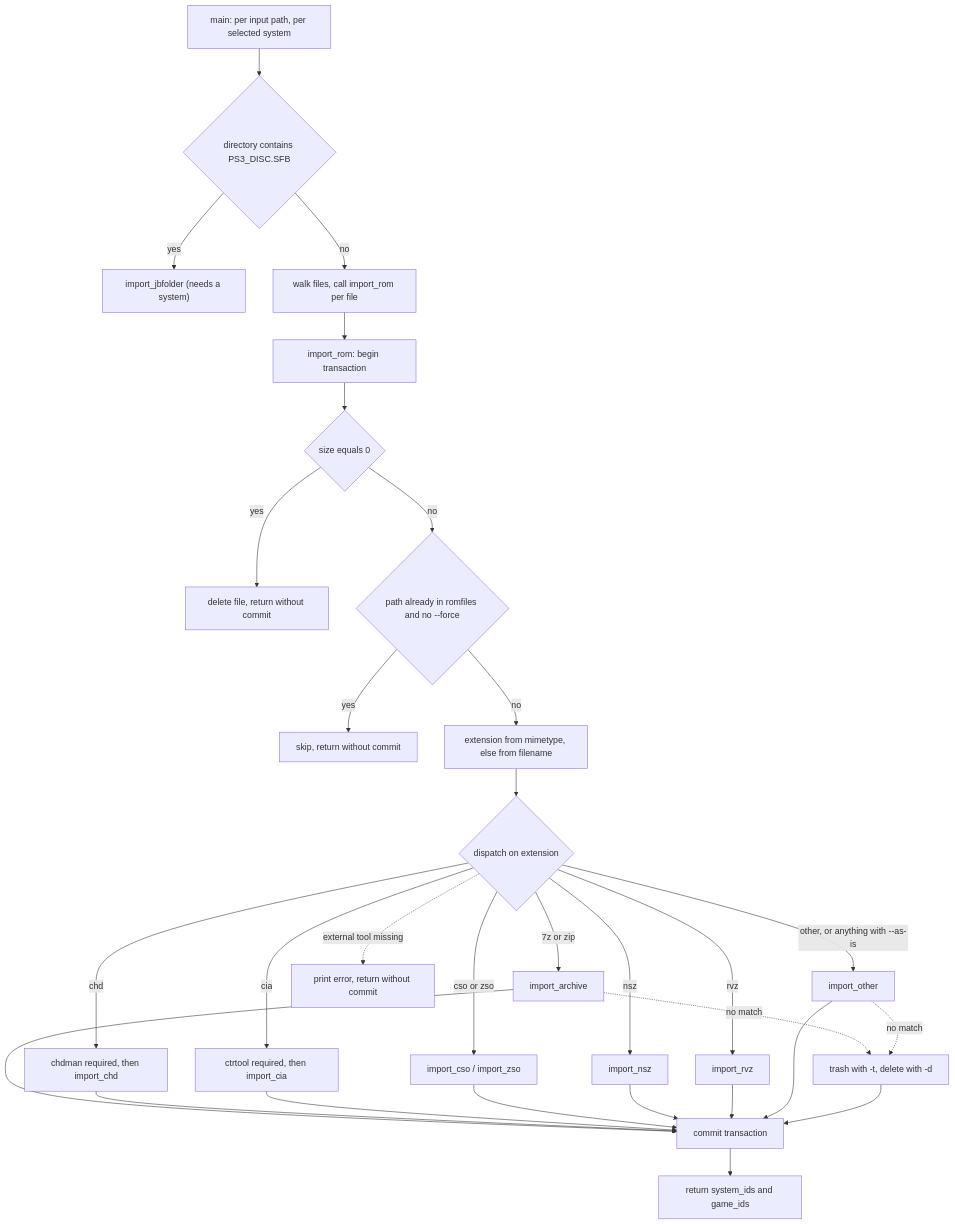
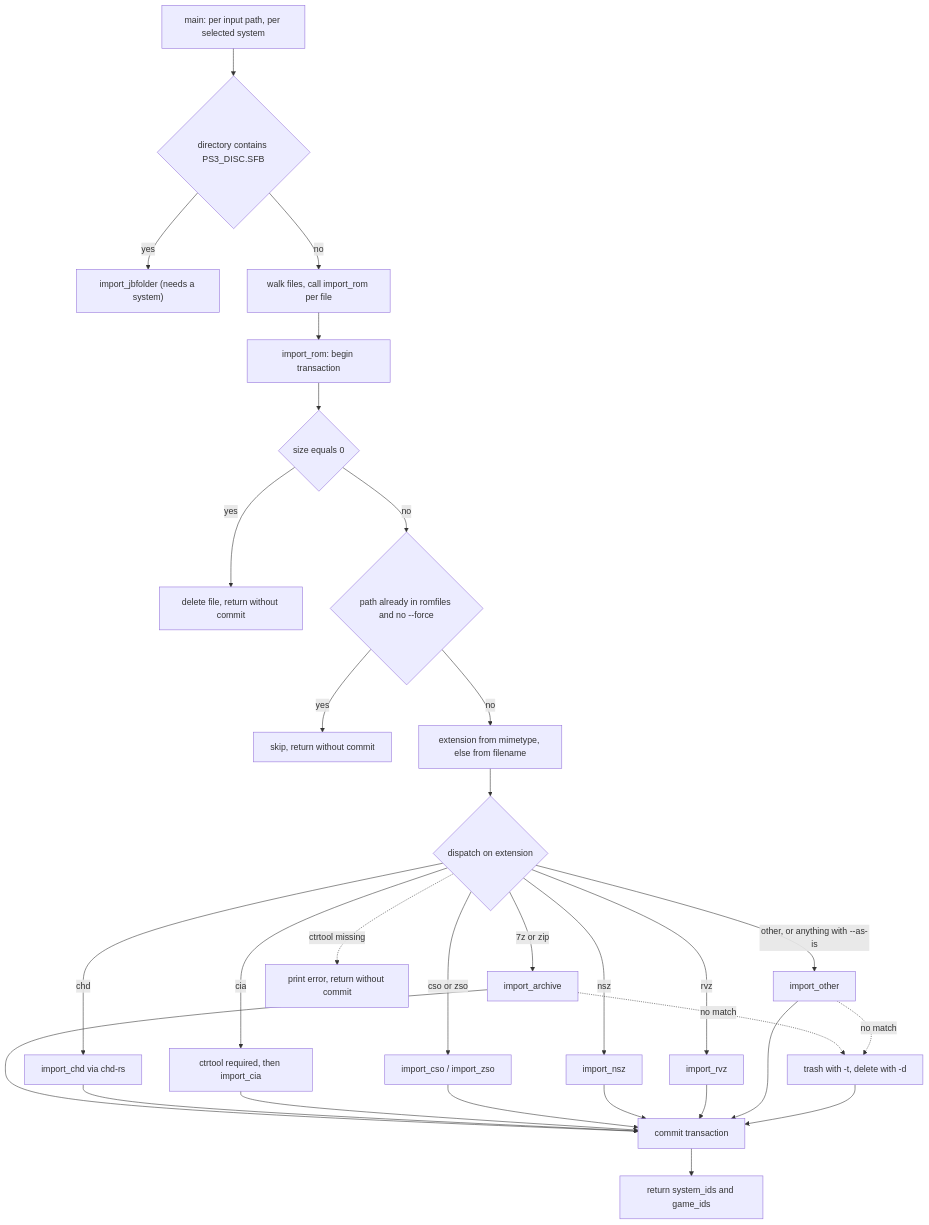
Before and after one commit to alucryd/oxyromon: the diagram in openwiki/workflows/rom-import-pipeline.md, drawn with Mermaid. The commit also changed other lines of this file and 69 other files, not shown here.

````diff
--- a/openwiki/workflows/rom-import-pipeline.md
+++ b/openwiki/workflows/rom-import-pipeline.md
@@ -185,34 +195,34 @@
 ```mermaid
 flowchart TD
     S["main: per input path, per selected system"] --> JB{"directory contains PS3_DISC.SFB"}
     JB -->|"yes"| JF["import_jbfolder (needs a system)"]
     JB -->|"no"| W["walk files, call import_rom per file"]
 
     W --> A["import_rom: begin transaction"]
     A --> B{"size equals 0"}
     B -->|"yes"| B1["delete file, return without commit"]
     B -->|"no"| C{"path already in romfiles and no --force"}
     C -->|"yes"| C1["skip, return without commit"]
     C -->|"no"| D["extension from mimetype, else from filename"]
     D --> E{"dispatch on extension"}
     E -->|"7z or zip"| F["import_archive"]
-    E -->|"chd"| G["chdman required, then import_chd"]
+    E -->|"chd"| G["import_chd via chd-rs"]
     E -->|"cia"| H["ctrtool required, then import_cia"]
     E -->|"cso or zso"| I["import_cso / import_zso"]
     E -->|"nsz"| J2["import_nsz"]
     E -->|"rvz"| K["import_rvz"]
     E -->|"other, or anything with --as-is"| L["import_other"]
 
     F --> M["commit transaction"]
     G --> M
     H --> M
     I --> M
     J2 --> M
     K --> M
     L --> M
-    E -.->|"external tool missing"| N["print error, return without commit"]
+    E -.->|"ctrtool missing"| N["print error, return without commit"]
     F -.->|"no match"| O["trash with -t, delete with -d"]
     L -.->|"no match"| O
     O --> M
     M --> P["return system_ids and game_ids"]
 ```
````
